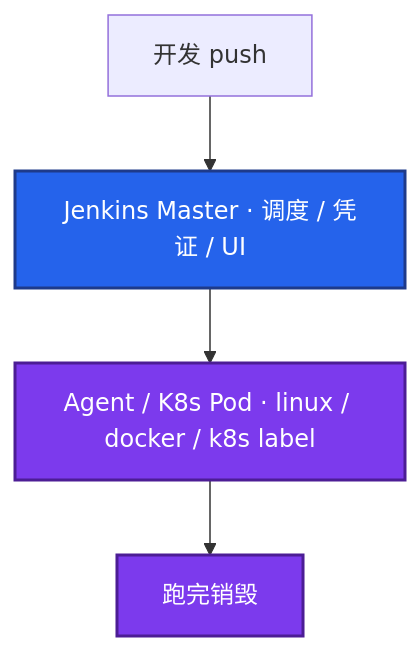
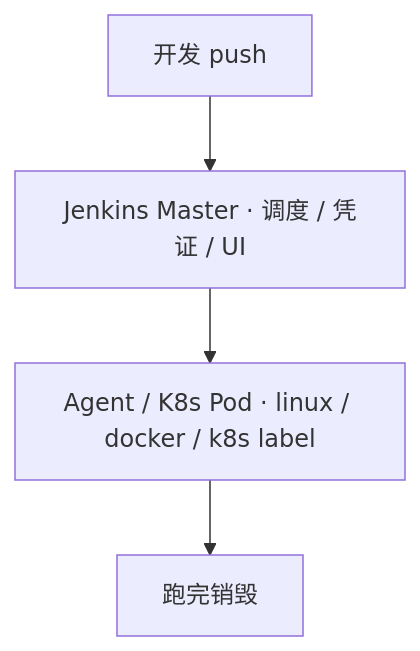
The sixth of 8 diagrams in 05-工程化与自动化/02-CI-CD/知识点.md (ml-cuizijun/LearnToLilith), drawn with Mermaid before and after one commit. The commit also changed other lines of this file and 107 other files, not shown here.

````diff
--- a/05-工程化与自动化/02-CI-CD/知识点.md
+++ b/05-工程化与自动化/02-CI-CD/知识点.md
@@ -295,11 +379,6 @@
 ```mermaid
 flowchart TB
     dev[开发 push] --> master[Jenkins Master · 调度 / 凭证 / UI]
     master --> agent[Agent / K8s Pod · linux / docker / k8s label]
     agent --> done[跑完销毁]
-
-    classDef a fill:#2563EB,stroke:#1E3A8A,stroke-width:2px,color:#fff
-    classDef b fill:#7C3AED,stroke:#4C1D95,stroke-width:2px,color:#fff
-    class master a
-    class agent,done b
 ```
````
